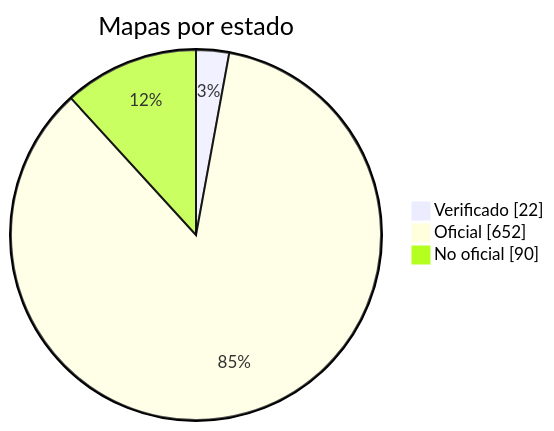
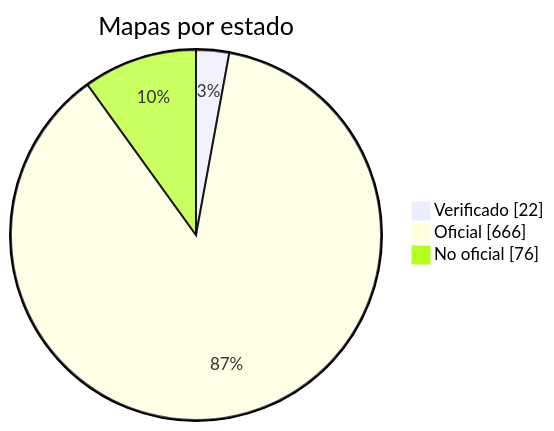
Before and after one commit to nobrega8/mbmap-library: the diagram in docs/readme/README_ES.md, drawn with Mermaid. The commit also changed 5 other files, not shown here.

````diff
--- a/docs/readme/README_ES.md
+++ b/docs/readme/README_ES.md
@@ -54,7 +54,7 @@
 ```mermaid
 pie showData
     title Mapas por estado
     "Verificado" : 22
-    "Oficial" : 652
-    "No oficial" : 90
+    "Oficial" : 666
+    "No oficial" : 76
 ```
````
